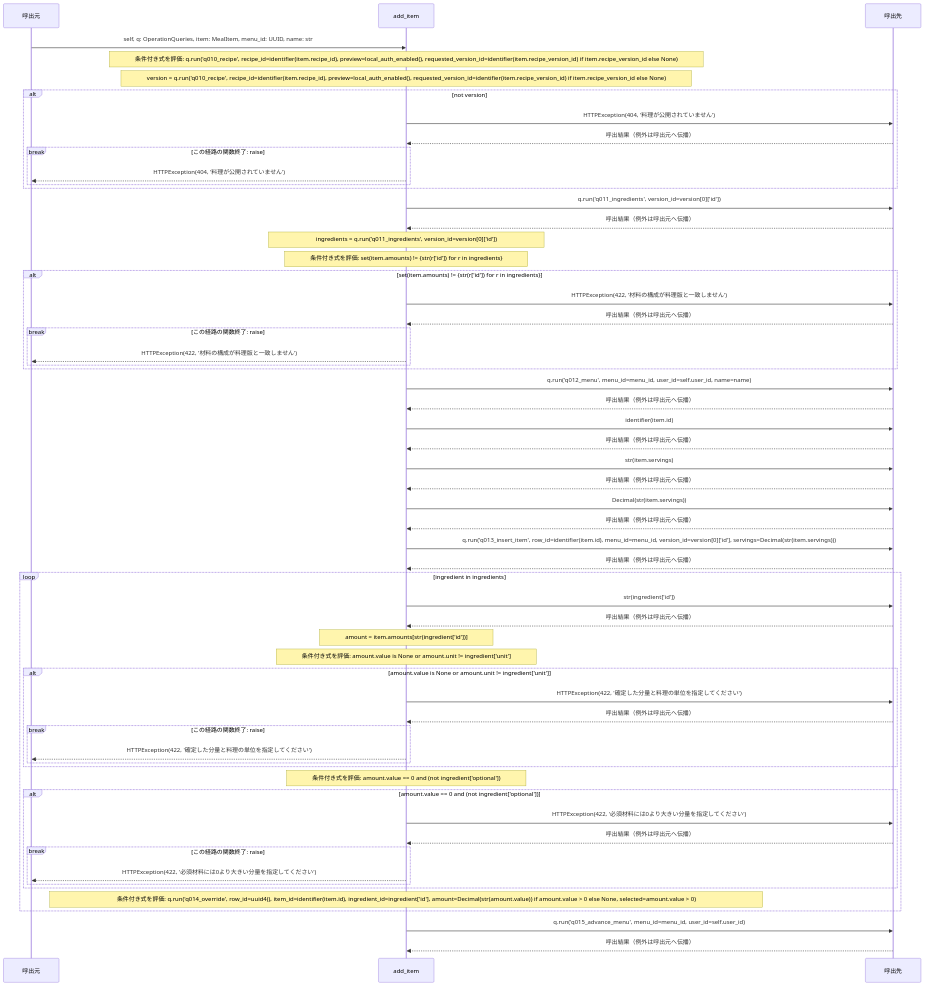
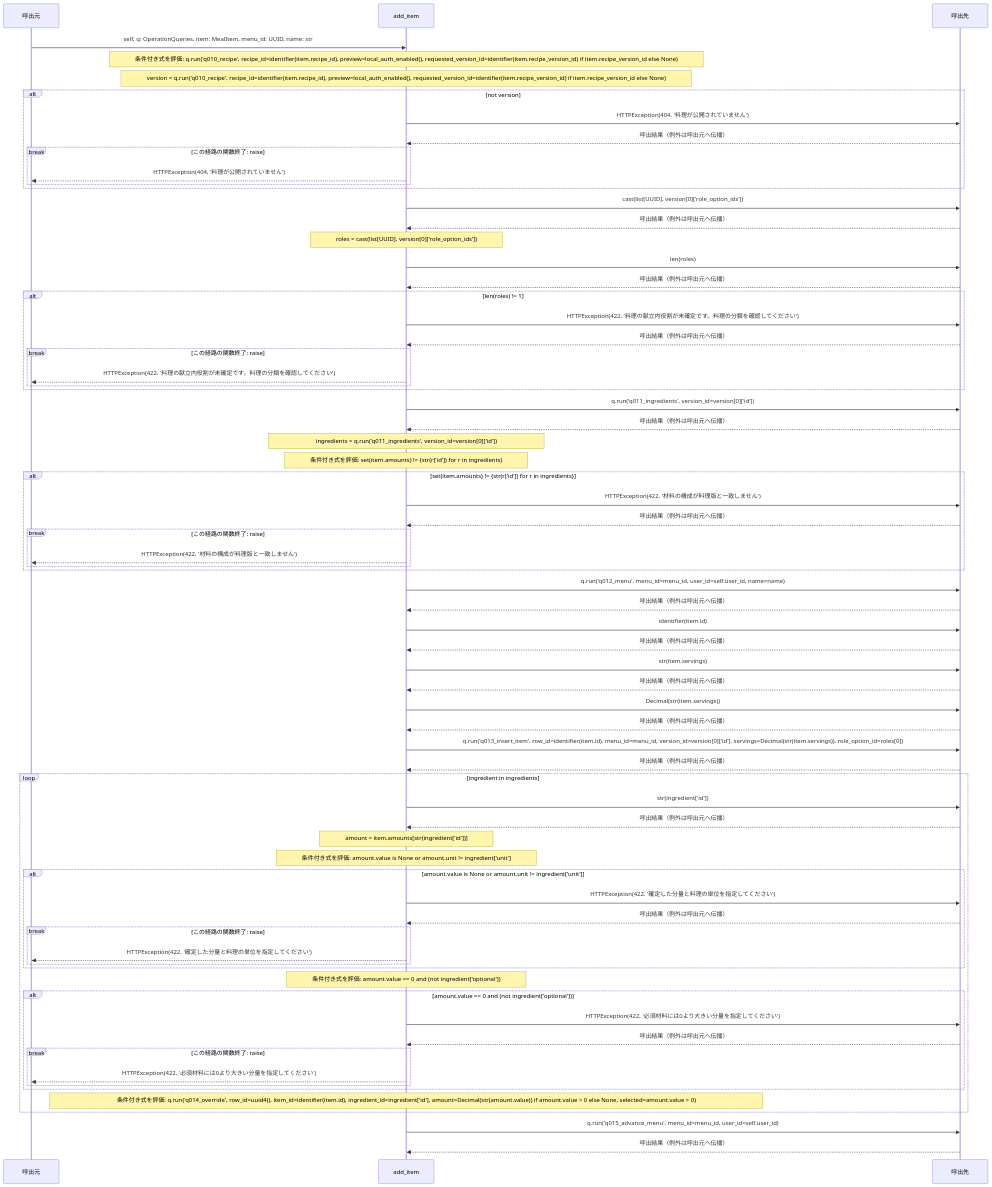
Before and after one commit to tsuji-tomonori/RecipeWeave: diagram 11 of 12 in docs/design/generated/api/operations/add_menu_item/sequence.md, drawn with Mermaid. The commit also changed other lines of this file and 58 other files, not shown here.

````diff
--- a/docs/design/generated/api/operations/add_menu_item/sequence.md
+++ b/docs/design/generated/api/operations/add_menu_item/sequence.md
@@ -254,61 +254,73 @@
 ```mermaid
 sequenceDiagram
     participant Caller as 呼出元
     participant Function as add_item
     participant Callee as 呼出先
     Caller->>Function: self, q: OperationQueries, item: MealItem, menu_id: UUID, name: str
     Note over Function: 条件付き式を評価: q.run(#39;q010_recipe#39;, recipe_id=identifier(item.recipe_id), preview=local_auth_enabled(), requested_version_id=identifier(item.recipe_version_id) if item.recipe_version_id else None)
     Note over Function: version = q.run(#39;q010_recipe#39;, recipe_id=identifier(item.recipe_id), preview=local_auth_enabled(), requested_version_id=identifier(item.recipe_version_id) if item.recipe_version_id else None)
     alt not version
         Function->>Callee: HTTPException(404, #39;料理が公開されていません#39;)
         Callee-->>Function: 呼出結果（例外は呼出元へ伝播）
         break この経路の関数終了: raise
             Function-->>Caller: HTTPException(404, #39;料理が公開されていません#39;)
+        end
+    end
+    Function->>Callee: cast(list[UUID], version[0][#39;role_option_ids#39;])
+    Callee-->>Function: 呼出結果（例外は呼出元へ伝播）
+    Note over Function: roles = cast(list[UUID], version[0][#39;role_option_ids#39;])
+    Function->>Callee: len(roles)
+    Callee-->>Function: 呼出結果（例外は呼出元へ伝播）
+    alt len(roles) != 1
+        Function->>Callee: HTTPException(422, #39;料理の献立内役割が未確定です。料理の分類を確認してください#39;)
+        Callee-->>Function: 呼出結果（例外は呼出元へ伝播）
+        break この経路の関数終了: raise
+            Function-->>Caller: HTTPException(422, #39;料理の献立内役割が未確定です。料理の分類を確認してください#39;)
         end
     end
     Function->>Callee: q.run(#39;q011_ingredients#39;, version_id=version[0][#39;id#39;])
     Callee-->>Function: 呼出結果（例外は呼出元へ伝播）
     Note over Function: ingredients = q.run(#39;q011_ingredients#39;, version_id=version[0][#39;id#39;])
     Note over Function: 条件付き式を評価: set(item.amounts) != {str(r[#39;id#39;]) for r in ingredients}
     alt set(item.amounts) != {str(r[#39;id#39;]) for r in ingredients}
         Function->>Callee: HTTPException(422, #39;材料の構成が料理版と一致しません#39;)
         Callee-->>Function: 呼出結果（例外は呼出元へ伝播）
         break この経路の関数終了: raise
             Function-->>Caller: HTTPException(422, #39;材料の構成が料理版と一致しません#39;)
         end
     end
     Function->>Callee: q.run(#39;q012_menu#39;, menu_id=menu_id, user_id=self.user_id, name=name)
     Callee-->>Function: 呼出結果（例外は呼出元へ伝播）
     Function->>Callee: identifier(item.id)
     Callee-->>Function: 呼出結果（例外は呼出元へ伝播）
     Function->>Callee: str(item.servings)
     Callee-->>Function: 呼出結果（例外は呼出元へ伝播）
     Function->>Callee: Decimal(str(item.servings))
     Callee-->>Function: 呼出結果（例外は呼出元へ伝播）
-    Function->>Callee: q.run(#39;q013_insert_item#39;, row_id=identifier(item.id), menu_id=menu_id, version_id=version[0][#39;id#39;], servings=Decimal(str(item.servings)))
+    Function->>Callee: q.run(#39;q013_insert_item#39;, row_id=identifier(item.id), menu_id=menu_id, version_id=version[0][#39;id#39;], servings=Decimal(str(item.servings)), role_option_id=roles[0])
     Callee-->>Function: 呼出結果（例外は呼出元へ伝播）
     loop ingredient in ingredients
         Function->>Callee: str(ingredient[#39;id#39;])
         Callee-->>Function: 呼出結果（例外は呼出元へ伝播）
         Note over Function: amount = item.amounts[str(ingredient[#39;id#39;])]
         Note over Function: 条件付き式を評価: amount.value is None or amount.unit != ingredient[#39;unit#39;]
         alt amount.value is None or amount.unit != ingredient[#39;unit#39;]
             Function->>Callee: HTTPException(422, #39;確定した分量と料理の単位を指定してください#39;)
             Callee-->>Function: 呼出結果（例外は呼出元へ伝播）
             break この経路の関数終了: raise
                 Function-->>Caller: HTTPException(422, #39;確定した分量と料理の単位を指定してください#39;)
             end
         end
         Note over Function: 条件付き式を評価: amount.value == 0 and (not ingredient[#39;optional#39;])
         alt amount.value == 0 and (not ingredient[#39;optional#39;])
             Function->>Callee: HTTPException(422, #39;必須材料には0より大きい分量を指定してください#39;)
             Callee-->>Function: 呼出結果（例外は呼出元へ伝播）
             break この経路の関数終了: raise
                 Function-->>Caller: HTTPException(422, #39;必須材料には0より大きい分量を指定してください#39;)
             end
         end
         Note over Function: 条件付き式を評価: q.run(#39;q014_override#39;, row_id=uuid4(), item_id=identifier(item.id), ingredient_id=ingredient[#39;id#39;], amount=Decimal(str(amount.value)) if amount.value #62; 0 else None, selected=amount.value #62; 0)
     end
     Function->>Callee: q.run(#39;q015_advance_menu#39;, menu_id=menu_id, user_id=self.user_id)
     Callee-->>Function: 呼出結果（例外は呼出元へ伝播）
 ```
````
